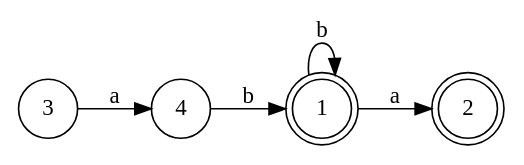
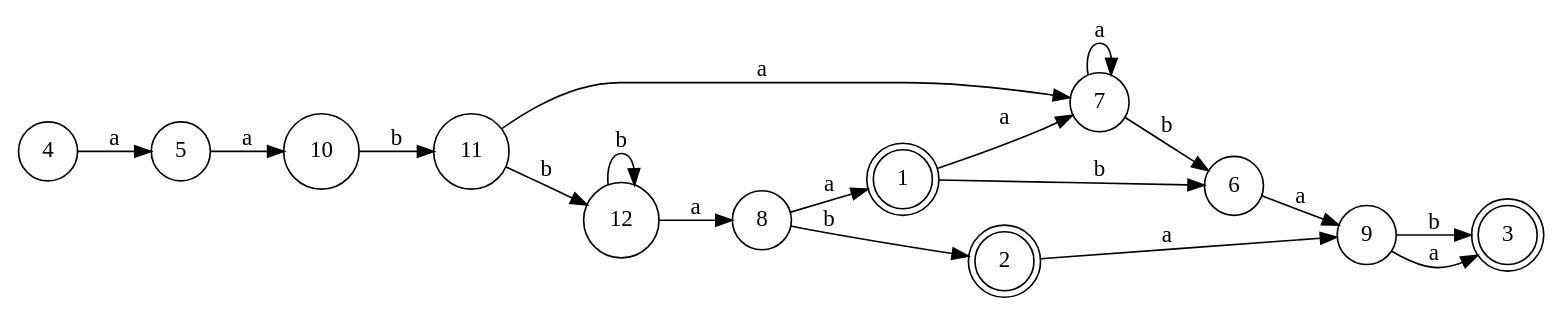
The diagram in output/min-dfa/min-dfa.gv (ZiadSheriif/AutoMajestic), drawn with Graphviz before and after one commit. The commit also changed 31 other files, not shown here.

```diff
--- a/output/min-dfa/min-dfa.gv
+++ b/output/min-dfa/min-dfa.gv
@@ -1,11 +1,32 @@
 digraph MIN_DFA {
 	1 [shape=doublecircle]
-	1 -> 2 [label=a]
-	1 -> 1 [label=b]
-	3 [shape=circle]
-	3 -> 4 [label=a]
+	1 -> 6 [label=b]
+	1 -> 7 [label=a]
+	2 [shape=doublecircle]
+	2 -> 9 [label=a]
 	4 [shape=circle]
-	4 -> 1 [label=b]
-	2 [shape=doublecircle]
+	4 -> 5 [label=a]
+	5 [shape=circle]
+	5 -> 10 [label=a]
+	6 [shape=circle]
+	6 -> 9 [label=a]
+	7 [shape=circle]
+	7 -> 6 [label=b]
+	7 -> 7 [label=a]
+	8 [shape=circle]
+	8 -> 2 [label=b]
+	8 -> 1 [label=a]
+	9 [shape=circle]
+	9 -> 3 [label=b]
+	9 -> 3 [label=a]
+	10 [shape=circle]
+	10 -> 11 [label=b]
+	11 [shape=circle]
+	11 -> 12 [label=b]
+	11 -> 7 [label=a]
+	12 [shape=circle]
+	12 -> 12 [label=b]
+	12 -> 8 [label=a]
+	3 [shape=doublecircle]
 	rankdir=LR
 }
```
